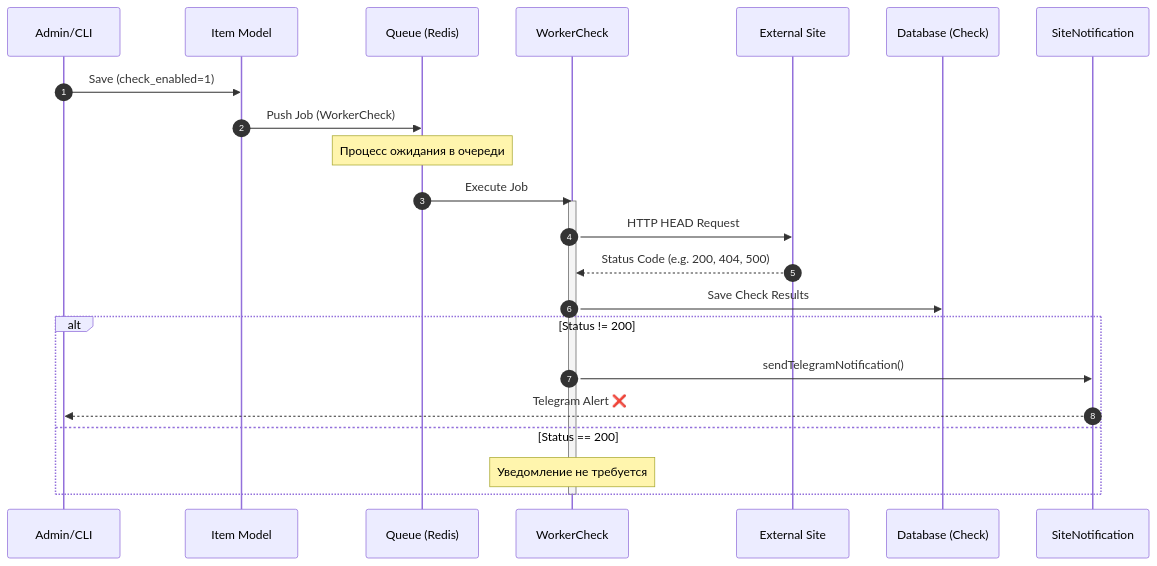
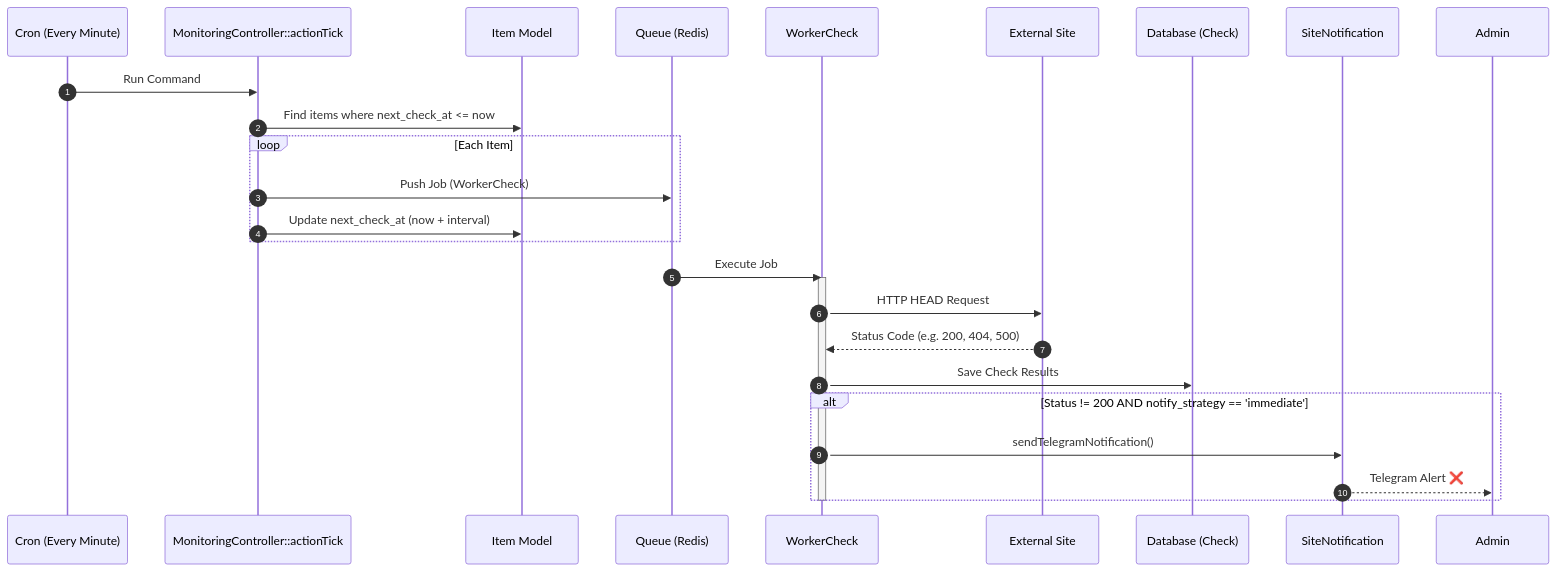
One commit to yarops/sitemanager changed the diagram in docs/developer/check-mechanism.md. Above: the diagram before and after it, drawn with Mermaid. The commit also changed other lines of this file and 5 other files, not shown here.

Commit message:
refactor(monitoring): переработана логика планирования мониторинга с удалением `setup-daily-monitoring` и улучшенной инициализацией `next_check_at` при изменении настроек.

````diff
--- a/docs/developer/check-mechanism.md
+++ b/docs/developer/check-mechanism.md
@@ -16,30 +16,31 @@
 ```mermaid
 sequenceDiagram
     autonumber
-    participant Admin as Admin/CLI
+    participant Cron as Cron (Every Minute)
+    participant Tick as MonitoringController::actionTick
     participant Item as Item Model
     participant Queue as Queue (Redis)
     participant Worker as WorkerCheck
     participant Site as External Site
     participant DB as Database (Check)
     participant Notif as SiteNotification
 
-    Admin->>Item: Save (check_enabled=1)
-    Item->>Queue: Push Job (WorkerCheck)
-    
-    Note over Queue: Процесс ожидания в очереди
+    Cron->>Tick: Run Command
+    Tick->>Item: Find items where next_check_at <= now
+    loop Each Item
+        Tick->>Queue: Push Job (WorkerCheck)
+        Tick->>Item: Update next_check_at (now + interval)
+    end
     
     Queue->>Worker: Execute Job
     activate Worker
     Worker->>Site: HTTP HEAD Request
     Site-->>Worker: Status Code (e.g. 200, 404, 500)
     Worker->>DB: Save Check Results
     
-    alt Status != 200
+    alt Status != 200 AND notify_strategy == 'immediate'
         Worker->>Notif: sendTelegramNotification()
         Notif-->>Admin: Telegram Alert ❌
-    else Status == 200
-        Note over Worker: Уведомление не требуется
     end
     deactivate Worker
 ```
````
